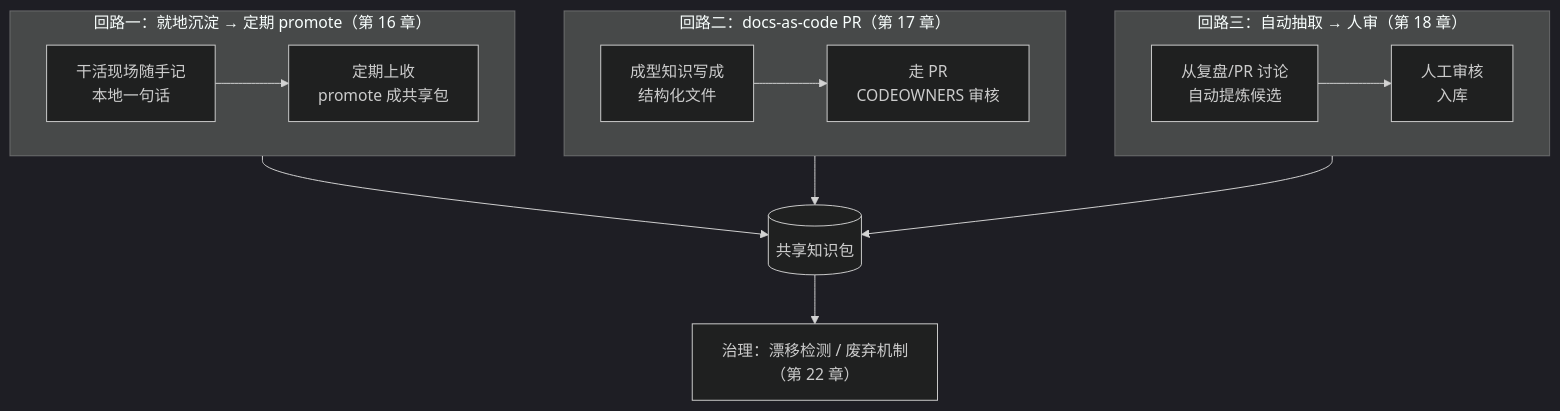
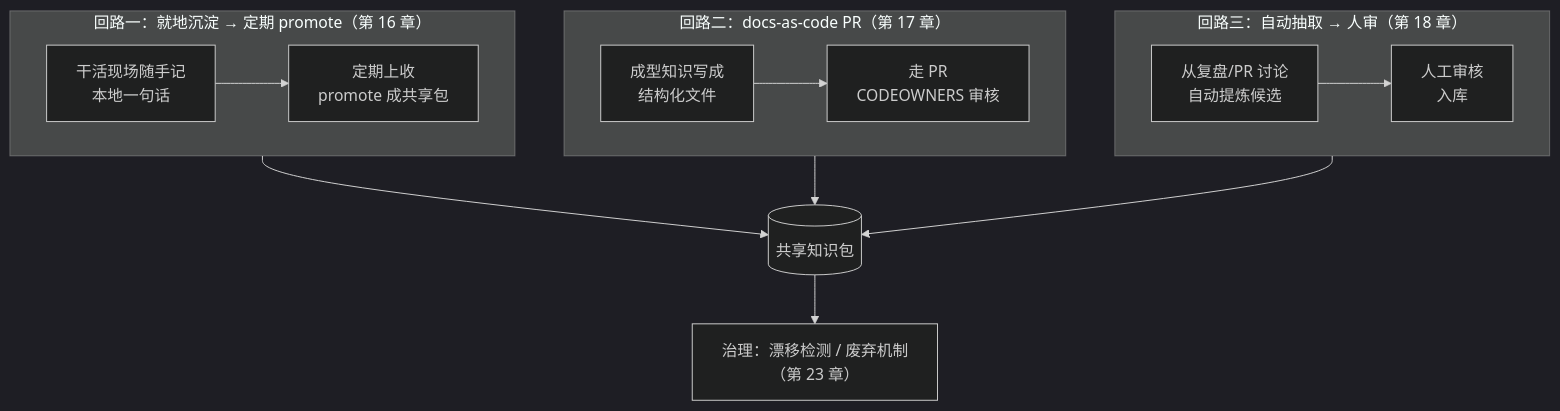
Before and after one commit to diguike/agent-knowledge-base-engineering: the second of 2 diagrams in book/15-why-handwritten-hard/README.md, drawn with Mermaid (dark theme). The commit also changed other lines of this file and 62 other files, not shown here.

````diff
--- a/book/15-why-handwritten-hard/README.md
+++ b/book/15-why-handwritten-hard/README.md
@@ -105,19 +105,19 @@
 ```mermaid
 flowchart TB
     subgraph L1["回路一：就地沉淀 → 定期 promote（第 16 章）"]
         direction LR
         C1["干活现场随手记<br/>本地一句话"] --> P1["定期上收<br/>promote 成共享包"]
     end
     subgraph L2["回路二：docs-as-code PR（第 17 章）"]
         direction LR
         C2["成型知识写成<br/>结构化文件"] --> P2["走 PR<br/>CODEOWNERS 审核"]
     end
     subgraph L3["回路三：自动抽取 → 人审（第 18 章）"]
         direction LR
         C3["从复盘/PR 讨论<br/>自动提炼候选"] --> P3["人工审核<br/>入库"]
     end
     L1 --> KB[("共享知识包")]
     L2 --> KB
     L3 --> KB
-    KB --> G["治理：漂移检测 / 废弃机制<br/>（第 22 章）"]
+    KB --> G["治理：漂移检测 / 废弃机制<br/>（第 23 章）"]
 ```
````
